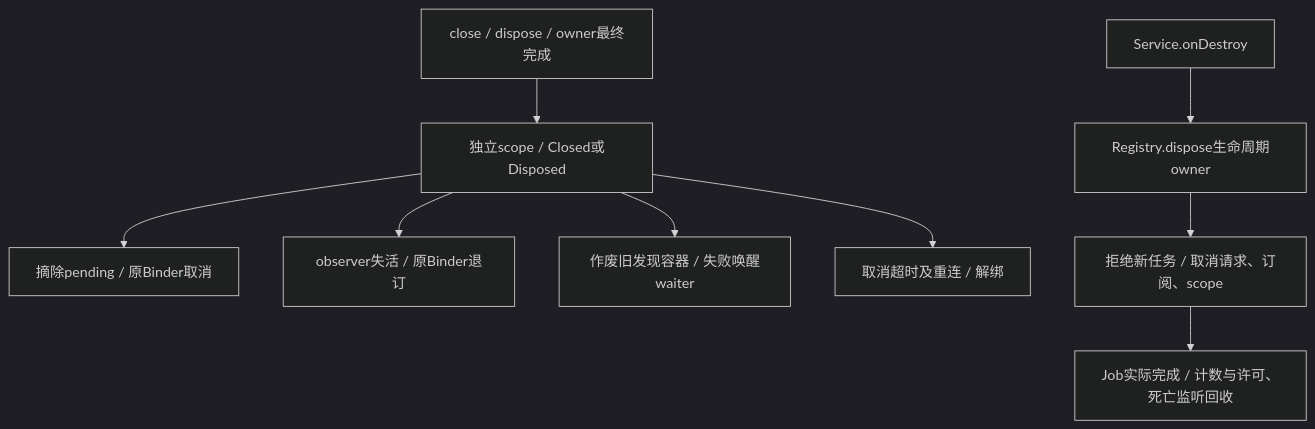
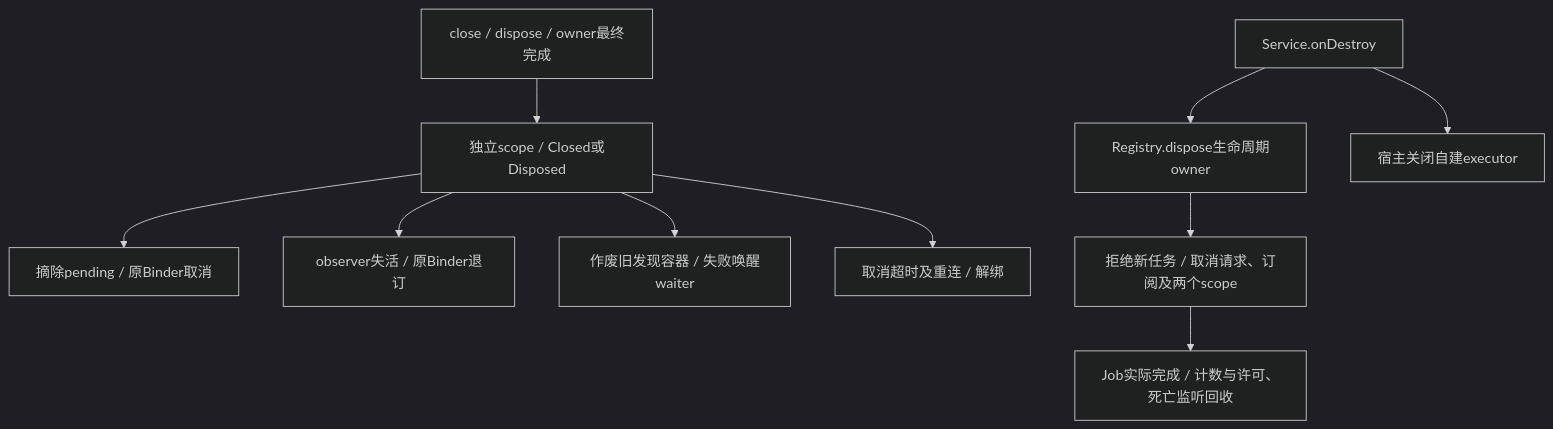
Before and after one commit to NingCui29/ModernIpc: the ninth of 9 diagrams in docs/ModernIPC_Architecture.md, drawn with Mermaid (dark theme). The commit also changed other lines of this file and 873 other files, not shown here.

````diff
--- a/docs/ModernIPC_Architecture.md
+++ b/docs/ModernIPC_Architecture.md
@@ -367,11 +376,12 @@
 ```mermaid
 flowchart TD
     END["close / dispose / owner最终完成"] --> LOCAL["独立scope / Closed或Disposed"]
     LOCAL --> P["摘除pending / 原Binder取消"]
     LOCAL --> F["observer失活 / 原Binder退订"]
     LOCAL --> D["作废旧发现容器 / 失败唤醒waiter"]
     LOCAL --> U["取消超时及重连 / 解绑"]
     DESTROY["Service.onDestroy"] --> REG["Registry.dispose生命周期owner"]
-    REG --> STUB["拒绝新任务 / 取消请求、订阅、scope"]
+    REG --> STUB["拒绝新任务 / 取消请求、订阅及两个scope"]
     STUB --> DONE["Job实际完成 / 计数与许可、死亡监听回收"]
+    DESTROY --> EXEC["宿主关闭自建executor"]
 ```
````
